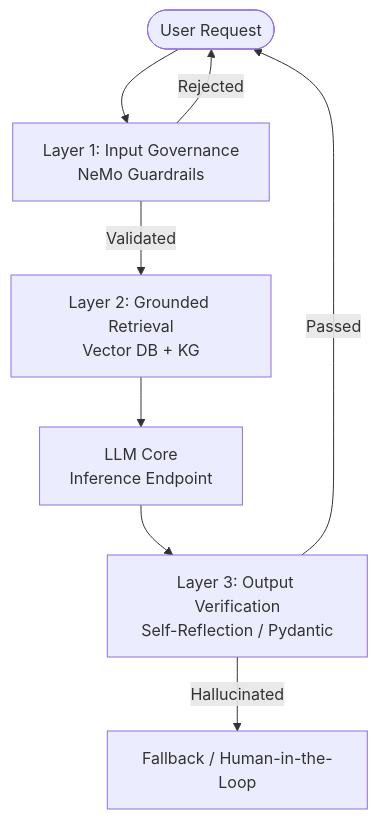
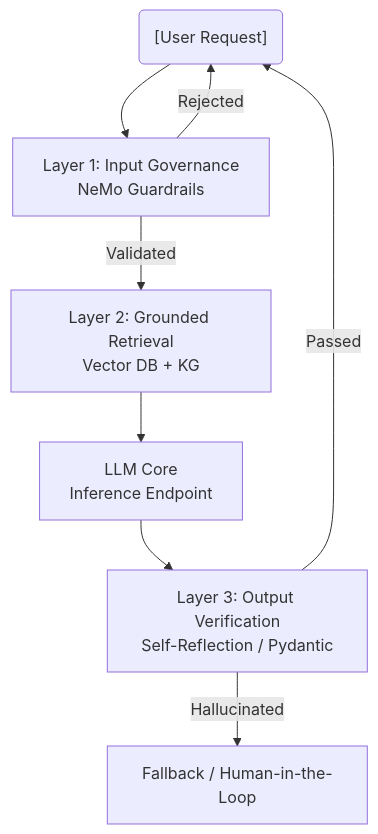
Before and after one commit to kythuatdulieu/kythuatdulieu.github.io: the diagram in src/content/docs/concepts/9-genai-machine-learning/hallucination.md, drawn with Mermaid. The commit also changed 190 other files, not shown here.

Commit message:
fix: resolve mermaid syntax, math rendering, and metadata issues from content rewrite

````diff
--- a/src/content/docs/concepts/9-genai-machine-learning/hallucination.md
+++ b/src/content/docs/concepts/9-genai-machine-learning/hallucination.md
@@ -26,10 +26,10 @@
 ```mermaid
 graph TD
-    User([User Request]) --> InputValidator[Layer 1: Input Governance<br>NeMo Guardrails]
+    User("[User Request]") --> InputValidator["Layer 1: Input Governance<br>NeMo Guardrails"]
     InputValidator -- Rejected --> User
-    InputValidator -- Validated --> RAG[Layer 2: Grounded Retrieval<br>Vector DB + KG]
-    RAG --> LLM[LLM Core<br>Inference Endpoint]
-    LLM --> OutputValidator[Layer 3: Output Verification<br>Self-Reflection / Pydantic]
-    OutputValidator -- Hallucinated --> Fallback[Fallback / Human-in-the-Loop]
+    InputValidator -- Validated --> RAG["Layer 2: Grounded Retrieval<br>Vector DB + KG"]
+    RAG --> LLM["LLM Core<br>Inference Endpoint"]
+    LLM --> OutputValidator["Layer 3: Output Verification<br>Self-Reflection / Pydantic"]
+    OutputValidator -- Hallucinated --> Fallback["Fallback / Human-in-the-Loop"]
     OutputValidator -- Passed --> User
 ```
````
